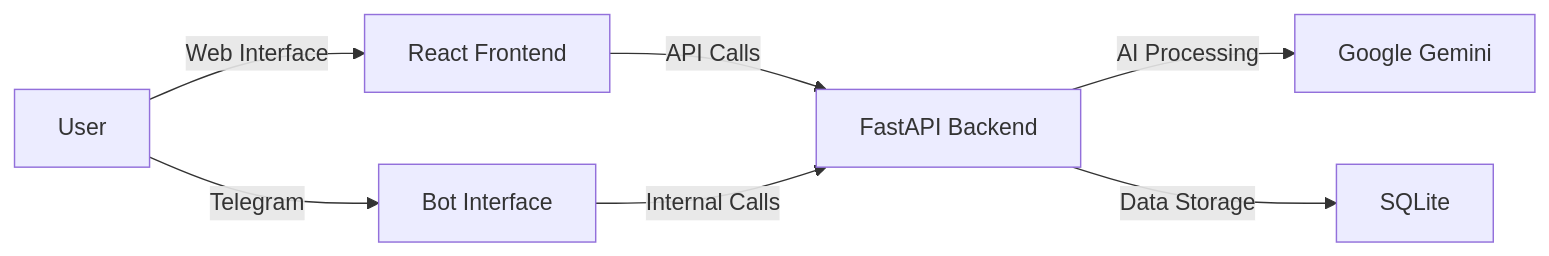
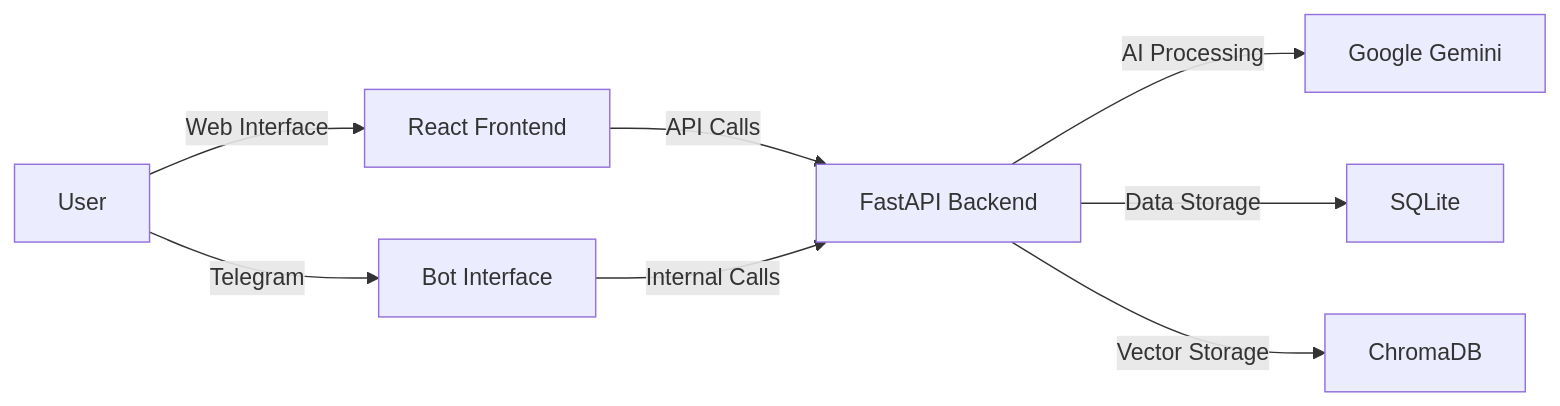
The diagram in README.md (andrea9293/memogenius), drawn with Mermaid before and after one commit. The commit also changed other lines of this file and 1 other file, not shown here.

````diff
--- a/README.md
+++ b/README.md
@@ -14,9 +14,10 @@
 ```mermaid
 graph LR
     A[User] -->|Web Interface| B[React Frontend]
     A -->|Telegram| C[Bot Interface]
     B -->|API Calls| D[FastAPI Backend]
     C -->|Internal Calls| D
     D -->|AI Processing| E[Google Gemini]
     D -->|Data Storage| F[SQLite]
+    D -->|Vector Storage| G[ChromaDB]
 ```
````
